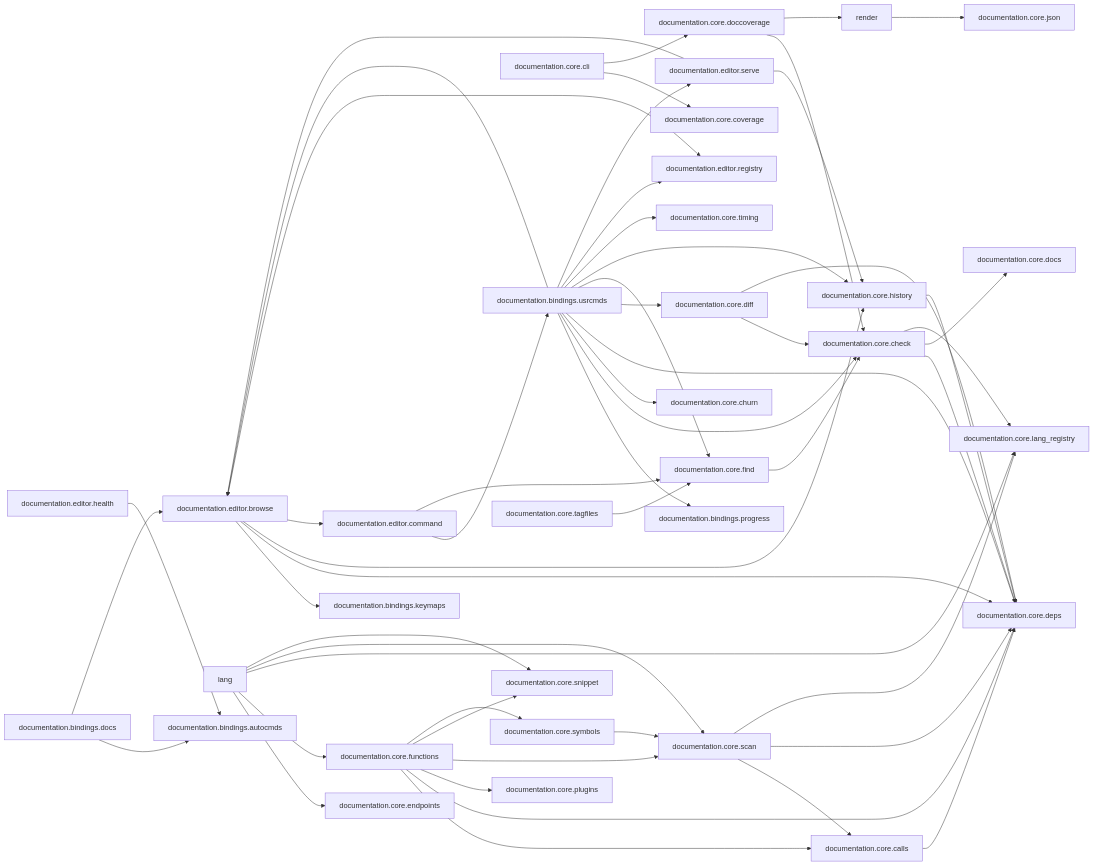
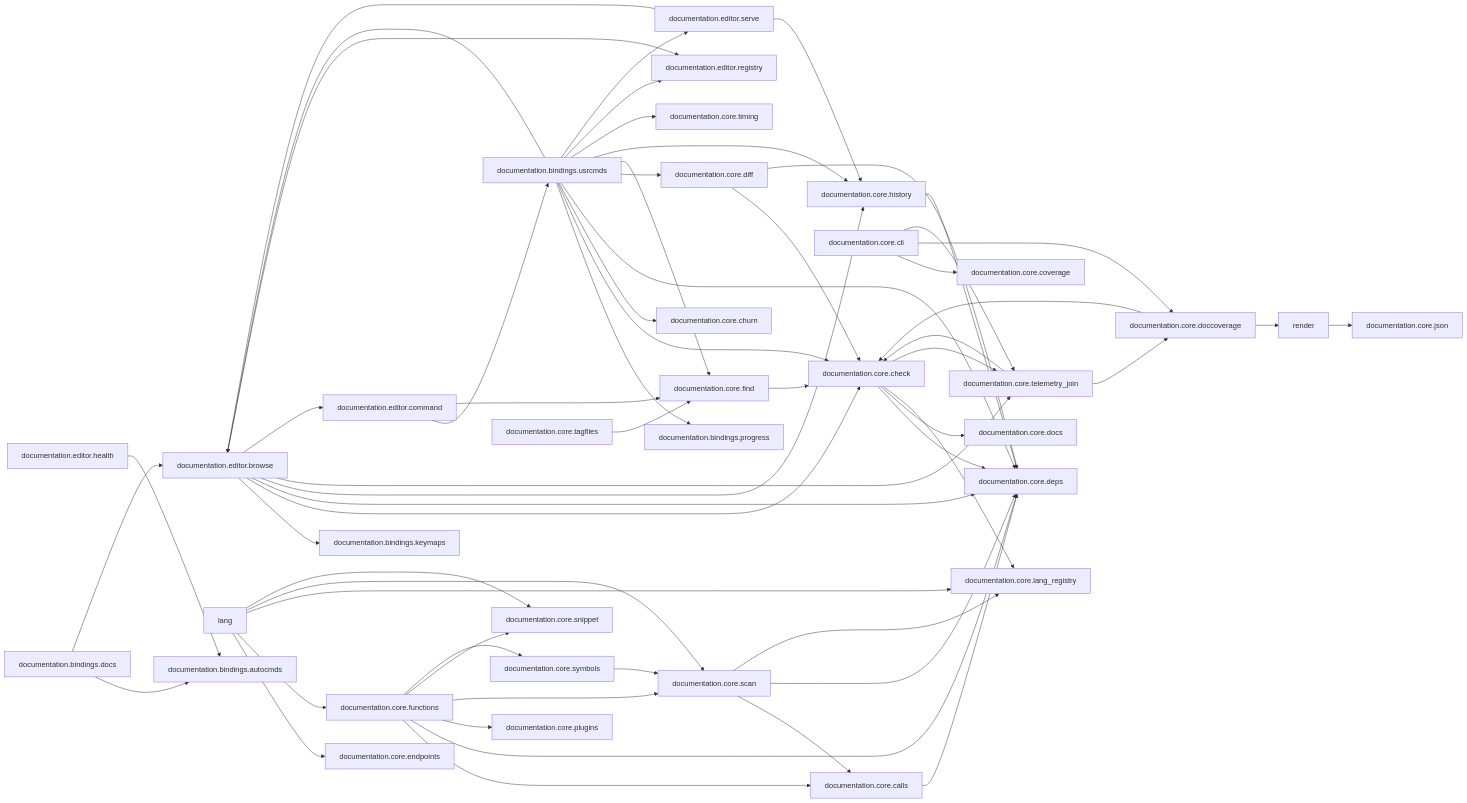
One commit to StefanBartl/documentation.nvim changed the second of 2 diagrams in docs/map/overview.md. Above: the diagram before and after it, drawn with Mermaid. The commit also changed other lines of this file and 15 other files, not shown here.

```diff
--- a/docs/map/overview.md
+++ b/docs/map/overview.md
@@ -68,6 +68,7 @@
   nlua_documentation_core_snippet_lua["documentation.core.snippet"]
   nlua_documentation_core_symbols_lua["documentation.core.symbols"]
   nlua_documentation_core_tagfiles_lua["documentation.core.tagfiles"]
+  nlua_documentation_core_telemetry_join_lua["documentation.core.telemetry_join"]
   nlua_documentation_core_timing_lua["documentation.core.timing"]
   nlua_documentation_editor_browse["documentation.editor.browse"]
   nlua_documentation_editor_command_lua["documentation.editor.command"]
@@ -91,8 +92,10 @@
   nlua_documentation_core_check_lua --> nlua_documentation_core_deps_lua
   nlua_documentation_core_check_lua --> nlua_documentation_core_docs_lua
   nlua_documentation_core_check_lua --> nlua_documentation_core_lang_registry_lua
+  nlua_documentation_core_check_lua --> nlua_documentation_core_telemetry_join_lua
   nlua_documentation_core_cli_lua --> nlua_documentation_core_coverage_lua
   nlua_documentation_core_cli_lua --> nlua_documentation_core_doccoverage_lua
+  nlua_documentation_core_cli_lua --> nlua_documentation_core_telemetry_join_lua
   nlua_documentation_core_diff_lua --> nlua_documentation_core_check_lua
   nlua_documentation_core_diff_lua --> nlua_documentation_core_deps_lua
   nlua_documentation_core_doccoverage_lua --> nlua_documentation_core_check_lua
@@ -116,9 +119,13 @@
   nlua_documentation_core_scan_lua --> nlua_documentation_core_lang_registry_lua
   nlua_documentation_core_symbols_lua --> nlua_documentation_core_scan_lua
   nlua_documentation_core_tagfiles_lua --> nlua_documentation_core_find_lua
+  nlua_documentation_core_telemetry_join_lua --> nlua_documentation_core_check_lua
+  nlua_documentation_core_telemetry_join_lua --> nlua_documentation_core_doccoverage_lua
   nlua_documentation_editor_browse --> nlua_documentation_bindings_keymaps_lua
+  nlua_documentation_editor_browse --> nlua_documentation_core_check_lua
   nlua_documentation_editor_browse --> nlua_documentation_core_deps_lua
   nlua_documentation_editor_browse --> nlua_documentation_core_history_lua
+  nlua_documentation_editor_browse --> nlua_documentation_core_telemetry_join_lua
   nlua_documentation_editor_browse --> nlua_documentation_editor_command_lua
   nlua_documentation_editor_browse --> nlua_documentation_editor_registry_lua
   nlua_documentation_editor_command_lua --> nlua_documentation_bindings_usrcmds
```
